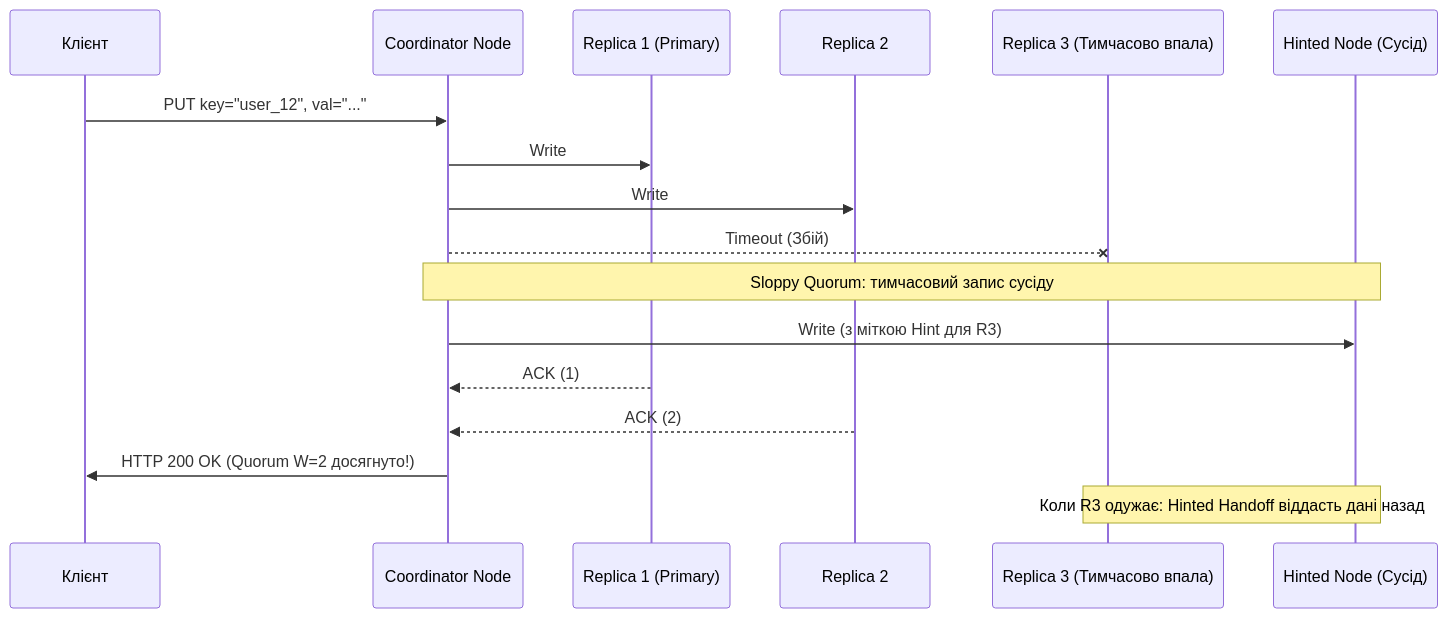
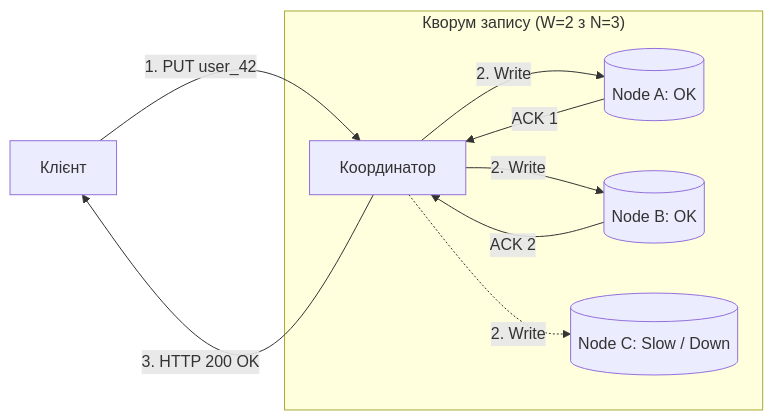
The second of 2 diagrams in docs/06_distributed_storage_hashing.md (vplanto/cloud_grid), drawn with Mermaid before and after one commit. The commit also changed other lines of this file, not shown here.

````diff
--- a/docs/06_distributed_storage_hashing.md
+++ b/docs/06_distributed_storage_hashing.md
@@ -229,20 +230,14 @@
 ```mermaid
-sequenceDiagram
-    participant C as Клієнт
-    participant Coord as Coordinator Node
-    participant R1 as Replica 1 (Primary)
-    participant R2 as Replica 2
-    participant R3 as Replica 3 (Тимчасово впала)
-    participant H as Hinted Node (Сусід)
+flowchart LR
+    C[Клієнт] -->|1. PUT user_42| Coord[Координатор]
+    
+    subgraph Quorum ["Кворум запису (W=2 з N=3)"]
+        Coord -->|2. Write| R1[(Node A: OK)]
+        Coord -->|2. Write| R2[(Node B: OK)]
+        Coord -.->|2. Write| R3[(Node C: Slow / Down)]
+    end
 
-    C->>Coord: PUT key="user_12", val="..."
-    Coord->>R1: Write
-    Coord->>R2: Write
-    Coord--xR3: Timeout (Збій)
-    Note over Coord,H: Sloppy Quorum: тимчасовий запис сусіду
-    Coord->>H: Write (з міткою Hint для R3)
-    R1-->>Coord: ACK (1)
-    R2-->>Coord: ACK (2)
-    Coord->>C: HTTP 200 OK (Quorum W=2 досягнуто!)
-    Note over H,R3: Коли R3 одужає: Hinted Handoff віддасть дані назад
+    R1 -->|ACK 1| Coord
+    R2 -->|ACK 2| Coord
+    Coord -->|3. HTTP 200 OK| C
 ```
````
